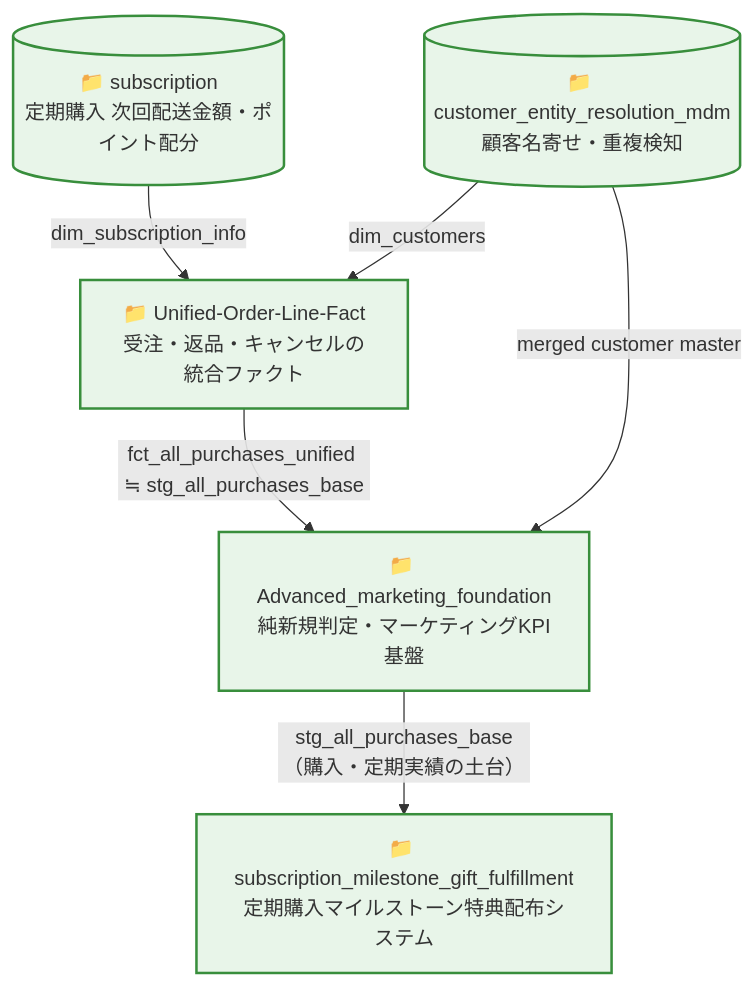
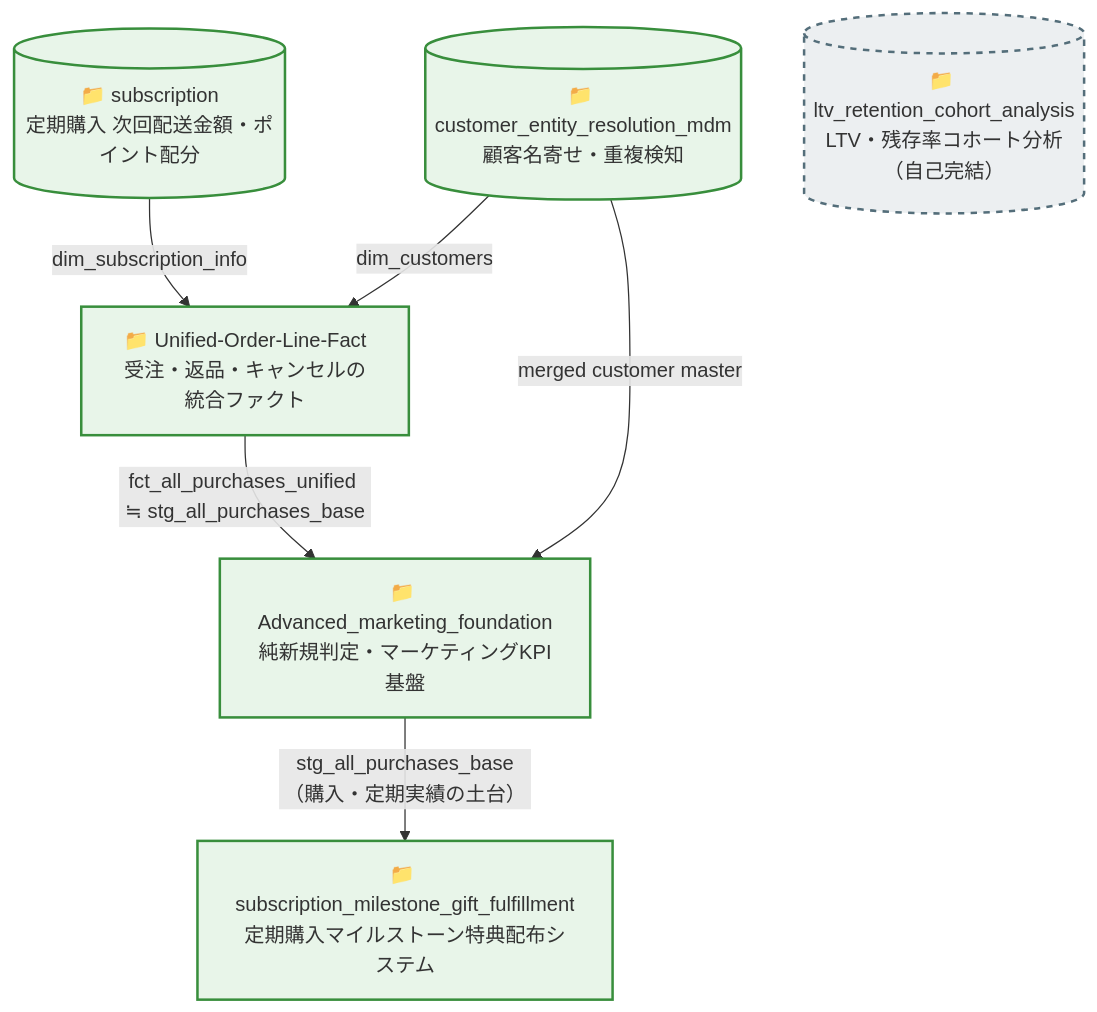
One commit to gamohara/sql-design-thinking changed the diagram in README.md. Above: the diagram before and after it, drawn with Mermaid. The commit also changed other lines of this file and 10 other files, not shown here.

First line of the commit message:
Add ltv_retention_cohort_analysis business case

````diff
--- a/README.md
+++ b/README.md
@@ -108,20 +110,23 @@
 ```mermaid
 graph TD
     subsc[("📁 subscription<br/>定期購入 次回配送金額・ポイント配分")]:::case
     mdm[("📁 customer_entity_resolution_mdm<br/>顧客名寄せ・重複検知")]:::case
 
     subsc -->|dim_subscription_info| uolf
     mdm -->|dim_customers| uolf
 
     uolf["📁 Unified-Order-Line-Fact<br/>受注・返品・キャンセルの統合ファクト"]:::case
     uolf -->|"fct_all_purchases_unified ≒ stg_all_purchases_base"| amf
 
     mdm -->|merged customer master| amf
 
     amf["📁 Advanced_marketing_foundation<br/>純新規判定・マーケティングKPI基盤"]:::case
     amf -->|"stg_all_purchases_base（購入・定期実績の土台）"| smgf
 
     smgf["📁 subscription_milestone_gift_fulfillment<br/>定期購入マイルストーン特典配布システム"]:::case
 
+    ltv[("📁 ltv_retention_cohort_analysis<br/>LTV・残存率コホート分析（自己完結）")]:::standalone
+
     classDef case fill:#e8f5e9,stroke:#388e3c,stroke-width:2px;
+    classDef standalone fill:#eceff1,stroke:#546e7a,stroke-width:2px,stroke-dasharray: 5 5;
 ```
````
